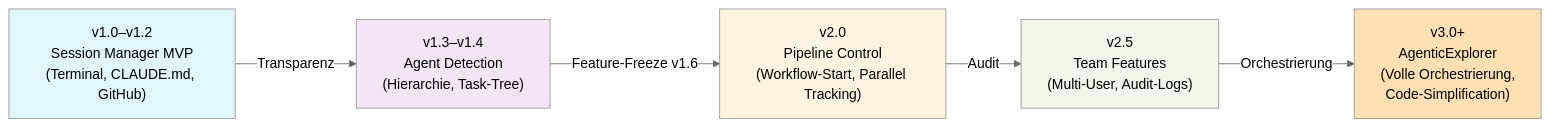
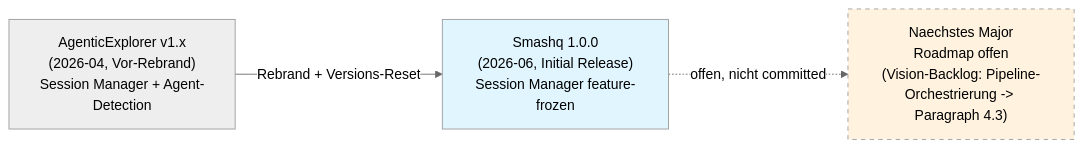
One commit to ARO-LABS/smashq changed the first of 24 diagrams in Softwareprozess/arc42-specification.md. Above: the diagram before and after it, drawn with Mermaid (neutral theme). The commit also changed other lines of this file, not shown here.

First line of the commit message:
docs(arc42): Master-Spec mit Smashq-1.0.0-Realitaet abgleichen

````diff
--- a/Softwareprozess/arc42-specification.md
+++ b/Softwareprozess/arc42-specification.md
@@ -32,13 +34,9 @@
 ```mermaid
 graph LR
-    A["v1.0–v1.2<br/>Session Manager MVP<br/>(Terminal, CLAUDE.md, GitHub)"] -->|Transparenz| B["v1.3–v1.4<br/>Agent Detection<br/>(Hierarchie, Task-Tree)"]
-    B -->|Feature-Freeze v1.6| C["v2.0<br/>Pipeline Control<br/>(Workflow-Start, Parallel Tracking)"]
-    C -->|Audit| D["v2.5<br/>Team Features<br/>(Multi-User, Audit-Logs)"]
-    D -->|Orchestrierung| E["v3.0+<br/>AgenticExplorer<br/>(Volle Orchestrierung,<br/>Code-Simplification)"]
+    A["AgenticExplorer v1.x<br/>(2026-04, Vor-Rebrand)<br/>Session Manager + Agent-Detection"] -->|Rebrand + Versions-Reset| B["Smashq 1.0.0<br/>(2026-06, Initial Release)<br/>Session Manager feature-frozen"]
+    B -.->|offen, nicht committed| C["Naechstes Major<br/>Roadmap offen<br/>(Vision-Backlog: Pipeline-Orchestrierung -> Paragraph 4.3)"]
 
-    style A fill:#e1f5ff
-    style B fill:#f3e5f5
-    style C fill:#fff3e0
-    style D fill:#f1f8e9
-    style E fill:#ffe0b2
+    style A fill:#eeeeee
+    style B fill:#e1f5ff
+    style C fill:#fff3e0,stroke-dasharray: 5 5
 ```
````
